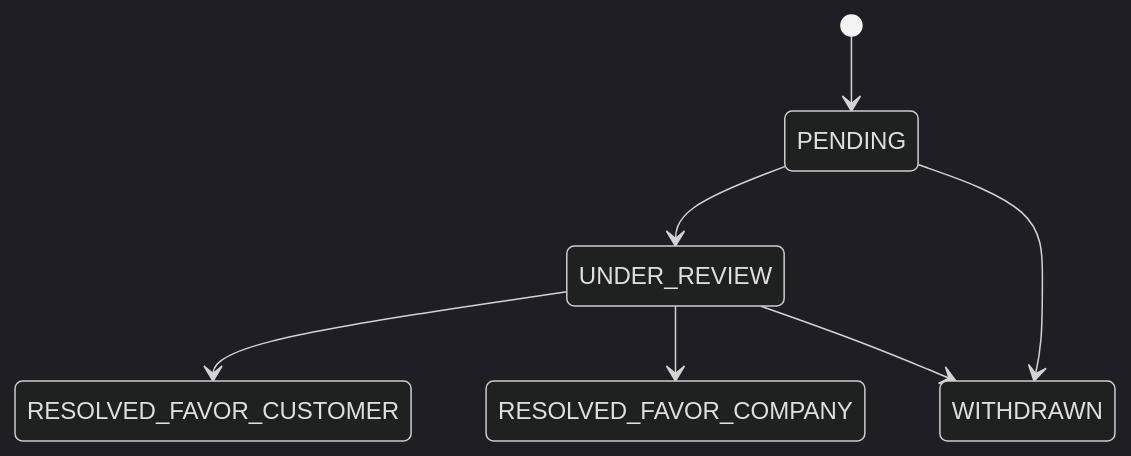
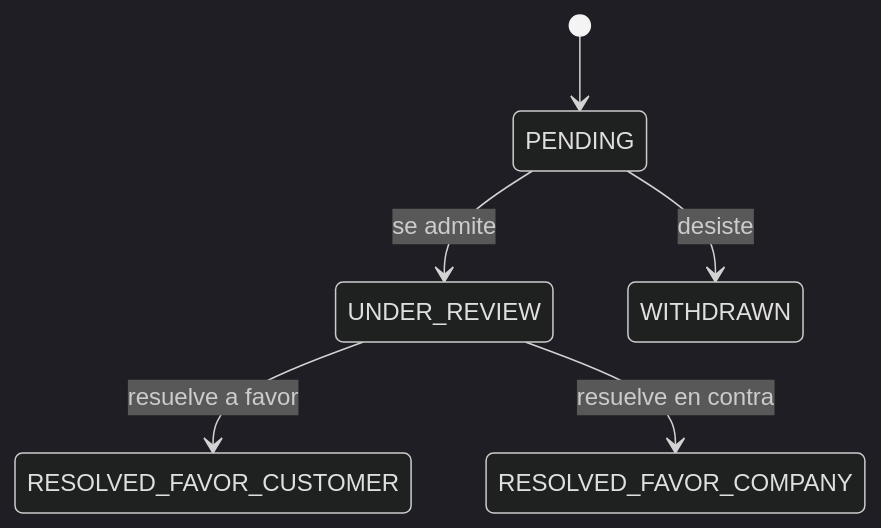
The second of 2 diagrams in docs/datos/estados.md (michel-poma-huachihuaco/tyc-mockup), drawn with Mermaid (dark theme) before and after one commit. The commit also changed other lines of this file and 253 other files, not shown here.

````diff
--- a/docs/datos/estados.md
+++ b/docs/datos/estados.md
@@ -56,9 +69,8 @@
 ```mermaid
 stateDiagram-v2
-    [*] --> PENDING
-    PENDING --> UNDER_REVIEW
-    UNDER_REVIEW --> RESOLVED_FAVOR_CUSTOMER
-    UNDER_REVIEW --> RESOLVED_FAVOR_COMPANY
-    PENDING --> WITHDRAWN
-    UNDER_REVIEW --> WITHDRAWN
+  [*] --> PENDING
+  PENDING --> UNDER_REVIEW : se admite
+  UNDER_REVIEW --> RESOLVED_FAVOR_CUSTOMER : resuelve a favor
+  UNDER_REVIEW --> RESOLVED_FAVOR_COMPANY : resuelve en contra
+  PENDING --> WITHDRAWN : desiste
 ```
````
